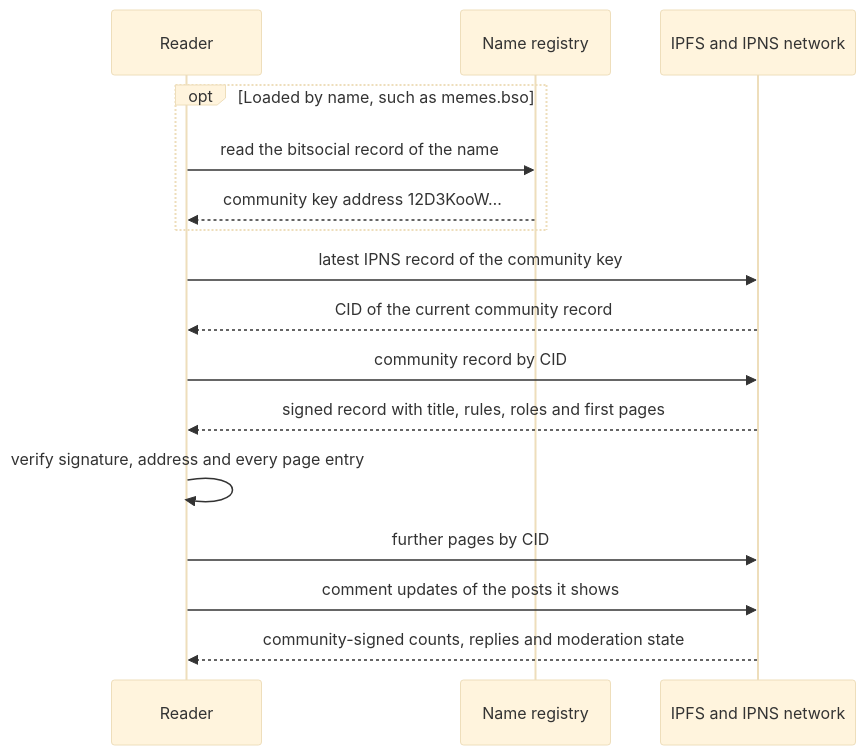
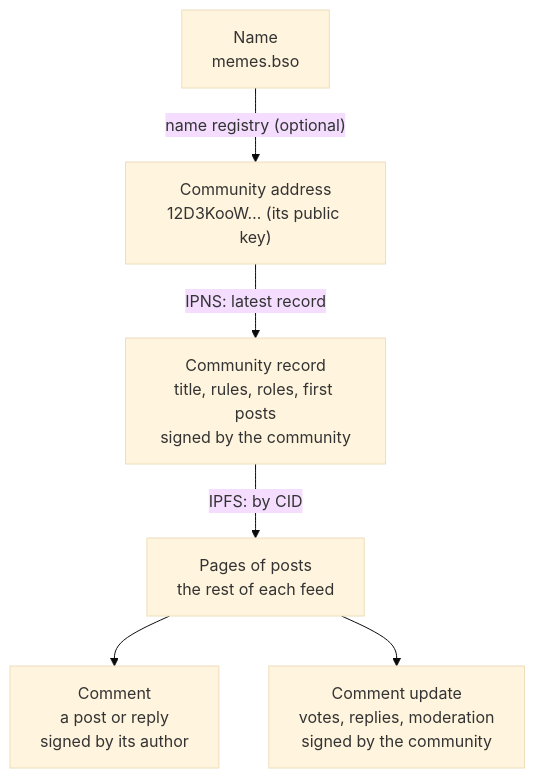
The second of 3 diagrams in BSIPS/bsip-20.md (bitsocialnet/BSIPs), drawn with Mermaid (base theme) before and after one commit. The commit also changed other lines of this file, not shown here.

````diff
--- a/BSIPS/bsip-20.md
+++ b/BSIPS/bsip-20.md
@@ -118,20 +120,16 @@
 ```mermaid
-sequenceDiagram
+flowchart TB
     accTitle: Reading a community
-    accDescr: If the reader starts from a name, it resolves the name's bitsocial record to a key address. It asks the network for the latest IPNS record of that key, which points at the CID of the community record. It fetches the record and verifies its signature, its address and every entry of its preloaded pages. It then fetches more pages and the comment updates of the posts it shows, and verifies each one.
-    participant Reader
-    participant Names as Name registry
-    participant Net as IPFS and IPNS network
-    opt Loaded by name, such as memes.bso
-        Reader->>Names: read the bitsocial record of the name
-        Names-->>Reader: community key address 12D3KooW…
-    end
-    Reader->>Net: latest IPNS record of the community key
-    Net-->>Reader: CID of the current community record
-    Reader->>Net: community record by CID
-    Net-->>Reader: signed record with title, rules, roles and first pages
-    Reader->>Reader: verify signature, address and every page entry
-    Reader->>Net: further pages by CID
-    Reader->>Net: comment updates of the posts it shows
-    Net-->>Reader: community-signed counts, replies and moderation state
+    accDescr: A chain of pointers. A name such as memes.bso resolves through the name registry to the community address, which is the community's public key. The address resolves through IPNS to the latest community record, signed by the community, holding its title, rules, roles and first page of posts. The record links by CID to pages of posts. Each page entry pairs a comment, signed by its author, with a comment update, signed by the community.
+    Name["Name<br/>memes.bso"]
+    Key["Community address<br/>12D3KooW… (its public key)"]
+    Record["Community record<br/>title, rules, roles, first posts<br/>signed by the community"]
+    Pages["Pages of posts<br/>the rest of each feed"]
+    Comment["Comment<br/>a post or reply<br/>signed by its author"]
+    Update["Comment update<br/>votes, replies, moderation<br/>signed by the community"]
+    Name -- "name registry (optional)" --> Key
+    Key -- "IPNS: latest record" --> Record
+    Record -- "IPFS: by CID" --> Pages
+    Pages --> Comment
+    Pages --> Update
 ```
````
